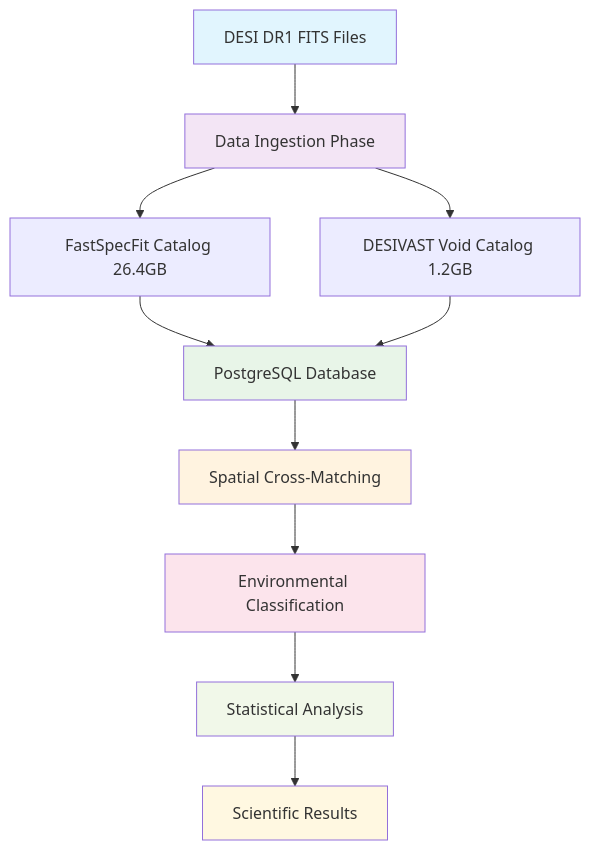
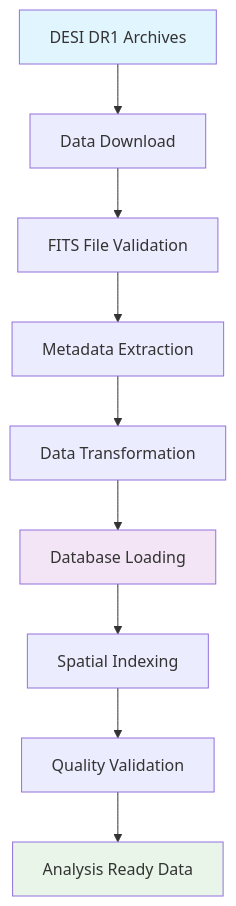
The diagram in docs/data-pipeline-design.md (Pxomox-Astronomy-Lab/desi-cosmic-void-galaxies), drawn with Mermaid before and after one commit. The commit also changed other lines of this file and 26 other files, not shown here.

````diff
--- a/docs/data-pipeline-design.md
+++ b/docs/data-pipeline-design.md
@@ -122,20 +121,15 @@
 ```mermaid
 graph TD
-    A[DESI DR1 FITS Files] --> B[Data Ingestion Phase]
-    B --> C[FastSpecFit Catalog 26.4GB]
-    B --> D[DESIVAST Void Catalog 1.2GB]
-    C --> E[PostgreSQL Database]
-    D --> E
-    E --> F[Spatial Cross-Matching]
-    F --> G[Environmental Classification]
-    G --> H[Statistical Analysis]
-    H --> I[Scientific Results]
+    A[DESI DR1 Archives] --> B[Data Download]
+    B --> C[FITS File Validation]
+    C --> D[Metadata Extraction]
+    D --> E[Data Transformation]
+    E --> F[Database Loading]
+    F --> G[Spatial Indexing]
+    G --> H[Quality Validation]
+    H --> I[Analysis Ready Data]
     
     style A fill:#e1f5fe
-    style B fill:#f3e5f5
-    style E fill:#e8f5e8
-    style F fill:#fff3e0
-    style G fill:#fce4ec
-    style H fill:#f1f8e9
-    style I fill:#fff8e1
+    style I fill:#e8f5e8
+    style F fill:#f3e5f5
 ```
````
